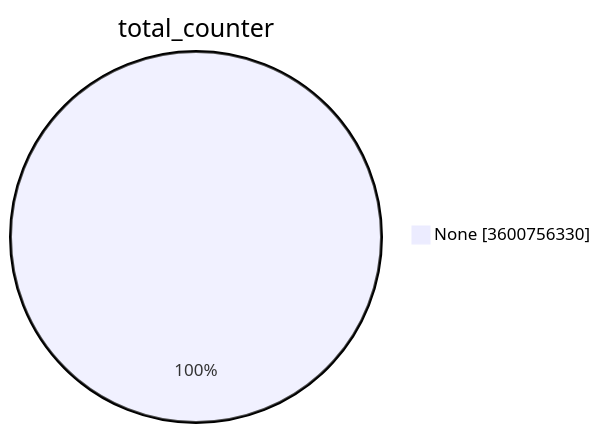
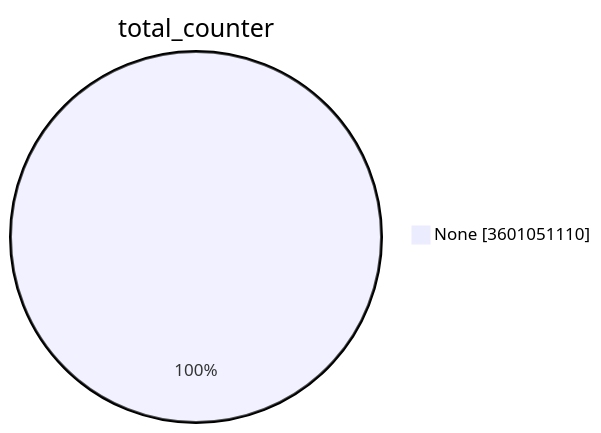
Before and after one commit to christiankrug/ctmonitor_visualization: the first of 15 diagrams in TOTAL/README.md, drawn with Mermaid. The commit also changed other lines of this file, not shown here.

````diff
--- a/TOTAL/README.md
+++ b/TOTAL/README.md
@@ -1,5 +1,5 @@
 ```mermaid
 pie showData
 title total_counter
-"None" :3600756330
+"None" :3601051110
 ```
````
